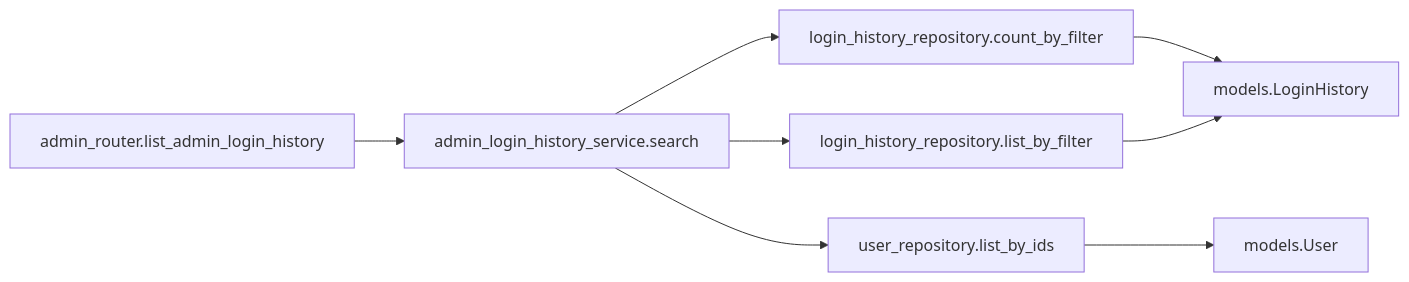
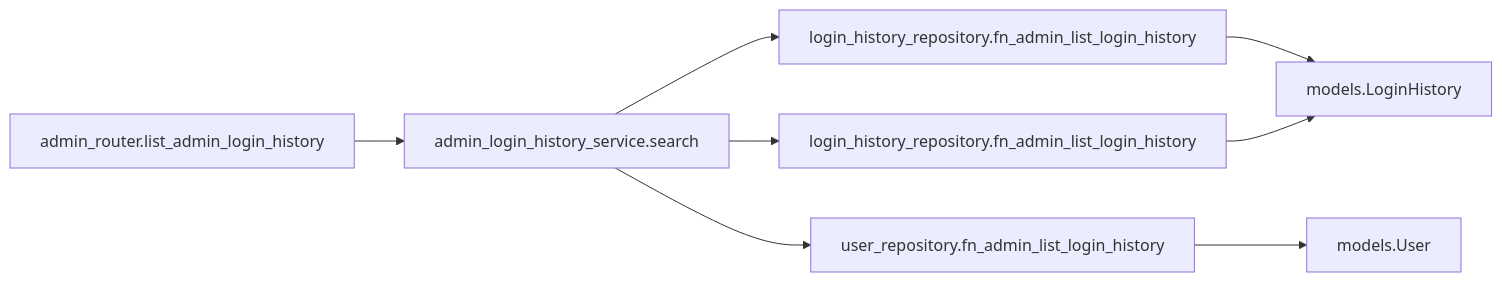
Before and after one commit to oikawa-d/task_management: the third of 4 diagrams in detailed_design/api/admin/07_get_admin_login_history.md, drawn with Mermaid. The commit also changed other lines of this file and 58 other files, not shown here.

````diff
--- a/detailed_design/api/admin/07_get_admin_login_history.md
+++ b/detailed_design/api/admin/07_get_admin_login_history.md
@@ -207,10 +207,10 @@
 ```mermaid
 flowchart LR
     R["admin_router.list_admin_login_history"] --> S["admin_login_history_service.search"]
-    S --> LRP1["login_history_repository.count_by_filter"]
-    S --> LRP2["login_history_repository.list_by_filter"]
-    S --> URP["user_repository.list_by_ids"]
+    S --> LRP1["login_history_repository.fn_admin_list_login_history"]
+    S --> LRP2["login_history_repository.fn_admin_list_login_history"]
+    S --> URP["user_repository.fn_admin_list_login_history"]
     LRP1 --> M1["models.LoginHistory"]
     LRP2 --> M1
     URP --> M2["models.User"]
 ```
````
